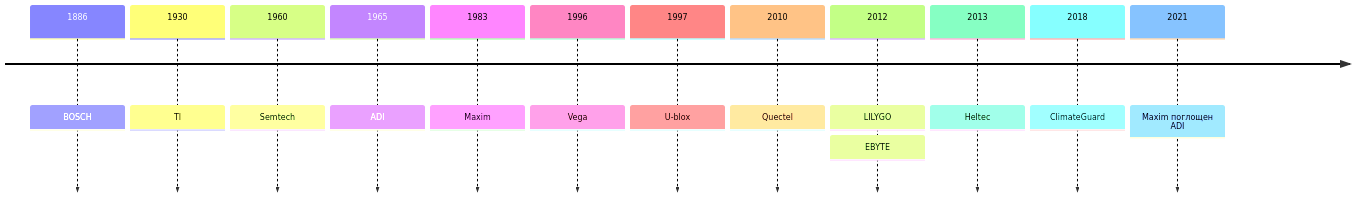
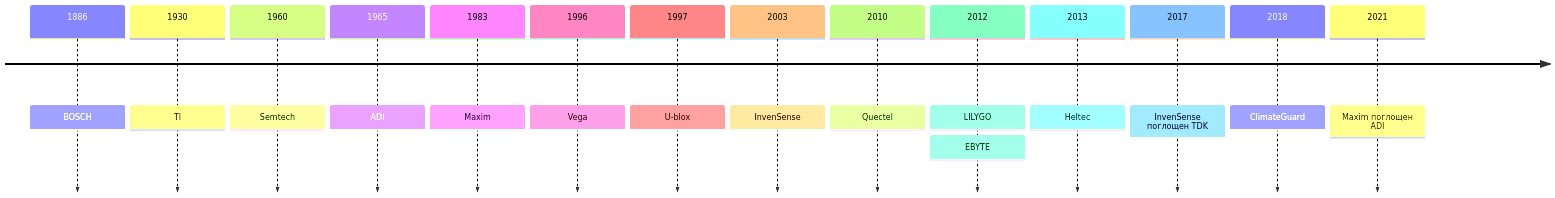
Before and after one commit to Krey81/lora: the fourth of 4 diagrams in notes/README.md, drawn with Mermaid. The commit also changed other lines of this file and 10 other files, not shown here.

````diff
--- a/notes/README.md
+++ b/notes/README.md
@@ -486,15 +683,17 @@
 ```mermaid
 timeline
     1886 : BOSCH
     1930 : TI
     1960 : Semtech
     1965 : ADI
     1983 : Maxim
     1996 : Vega
     1997 : U‑blox
+    2003 : InvenSense
     2010 : Quectel
     2012 : LILYGO : EBYTE
     2013 : Heltec
+    2017 : InvenSense поглощен TDK
     2018 : ClimateGuard
     2021 : Maxim поглощен ADI
 ```
````
